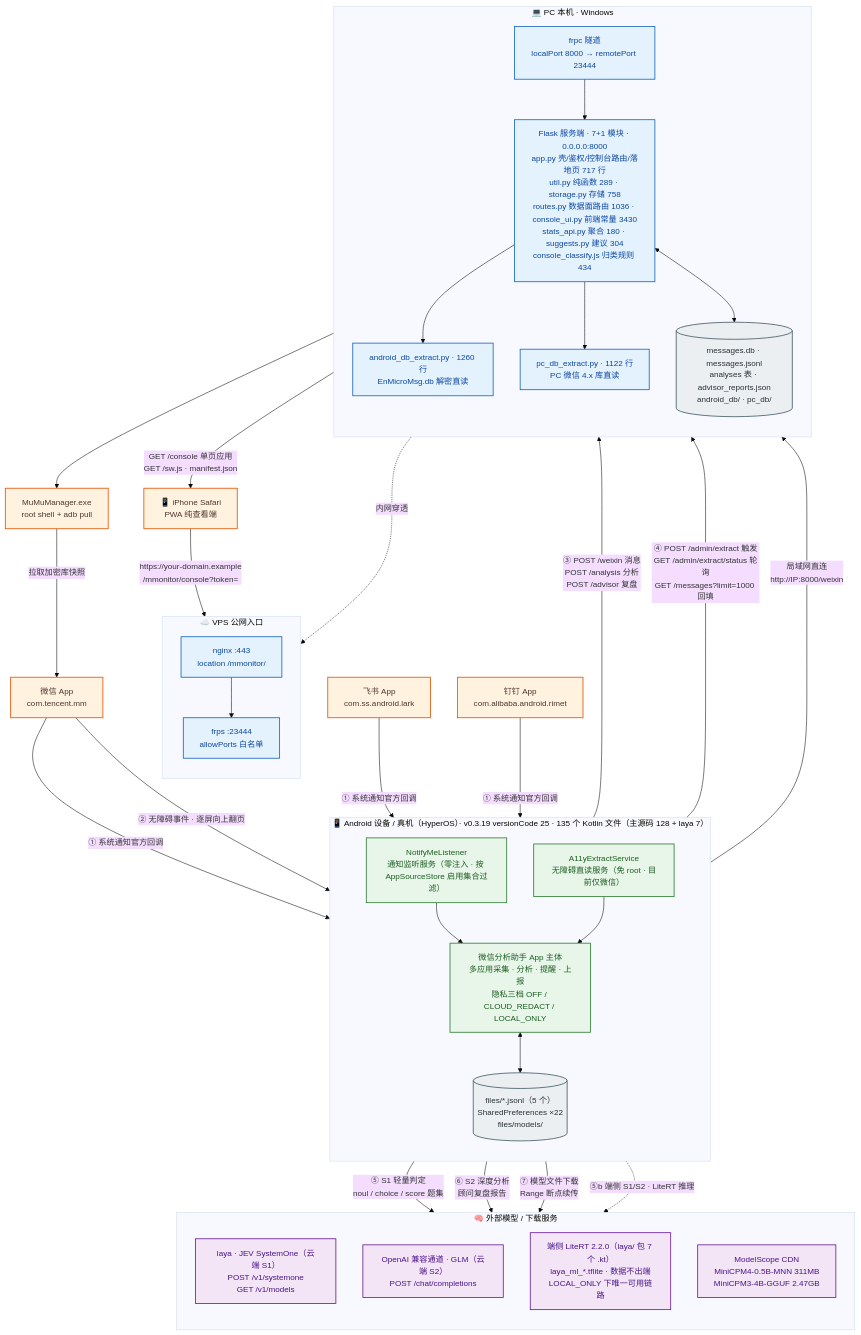
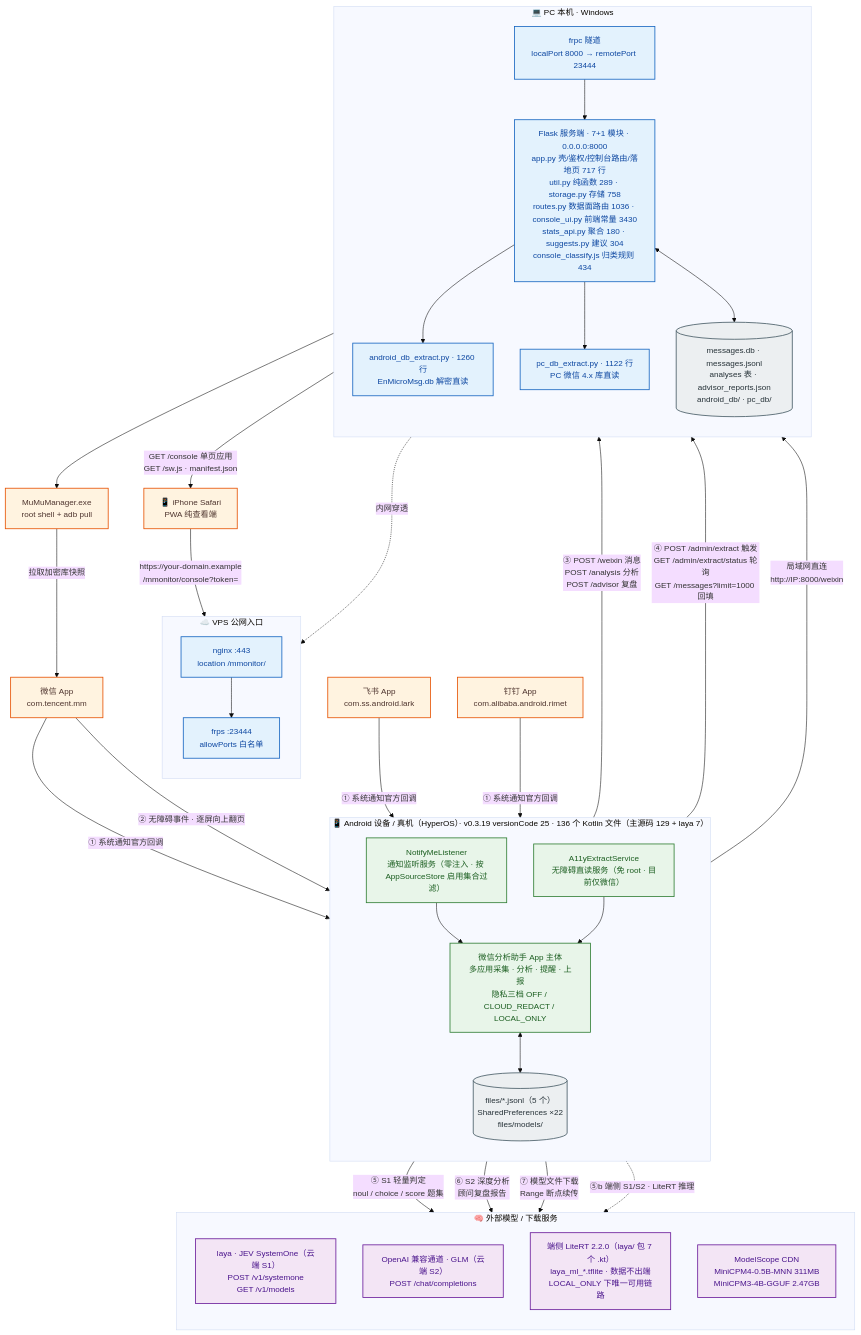
One commit to solidjoker/notifyme changed the diagram in docs/architecture/diagrams/01-system-context.mmd. Above: the diagram before and after it, drawn with Mermaid. The commit also changed 18 other files, not shown here.

```diff
--- a/docs/architecture/diagrams/01-system-context.mmd
+++ b/docs/architecture/diagrams/01-system-context.mmd
@@ -1,70 +1,70 @@
 %%{init: {'theme':'base','themeVariables':{'fontSize':'15px','fontFamily':'Microsoft YaHei, PingFang SC, sans-serif'},'flowchart':{'htmlLabels':true,'curve':'basis'}}}%%
 flowchart TB
     classDef ext  fill:#fff3e0,stroke:#e65100,stroke-width:1.5px,color:#4e342e
     classDef app  fill:#e8f5e9,stroke:#2e7d32,stroke-width:1.5px,color:#1b5e20
     classDef srv  fill:#e3f2fd,stroke:#1565c0,stroke-width:1.5px,color:#0d47a1
     classDef llm  fill:#f3e5f5,stroke:#6a1b9a,stroke-width:1.5px,color:#4a148c
     classDef store fill:#eceff1,stroke:#455a64,stroke-width:1.5px,color:#263238
 
     WX["微信 App<br/>com.tencent.mm"]:::ext
     FS["飞书 App<br/>com.ss.android.lark"]:::ext
     DT["钉钉 App<br/>com.alibaba.android.rimet"]:::ext
 
-    subgraph DEV["📱 Android 设备 / 真机（HyperOS）· v0.3.19 versionCode 25 · 135 个 Kotlin 文件（主源码 128 + laya 7）"]
+    subgraph DEV["📱 Android 设备 / 真机（HyperOS）· v0.3.19 versionCode 25 · 136 个 Kotlin 文件（主源码 129 + laya 7）"]
         direction TB
         NL["NotifyMeListener<br/>通知监听服务（零注入 · 按 AppSourceStore 启用集合过滤）"]:::app
         A11Y["A11yExtractService<br/>无障碍直读服务（免 root · 目前仅微信）"]:::app
         CORE["微信分析助手 App 主体<br/>多应用采集 · 分析 · 提醒 · 上报<br/>隐私三档 OFF / CLOUD_REDACT / LOCAL_ONLY"]:::app
         STORE[("files/*.jsonl（5 个）<br/>SharedPreferences ×22<br/>files/models/")]:::store
         NL --> CORE
         A11Y --> CORE
         CORE <--> STORE
     end
 
     subgraph HOST["💻 PC 本机 · Windows"]
         direction TB
         FLASK["Flask 服务端 · 7+1 模块 · 0.0.0.0:8000<br/>app.py 壳/鉴权/控制台路由/落地页 717 行<br/>util.py 纯函数 289 · storage.py 存储 758<br/>routes.py 数据面路由 1036 · console_ui.py 前端常量 3430<br/>stats_api.py 聚合 180 · suggests.py 建议 304<br/>console_classify.js 归类规则 434"]:::srv
         ADBEX["android_db_extract.py · 1260 行<br/>EnMicroMsg.db 解密直读"]:::srv
         PCEX["pc_db_extract.py · 1122 行<br/>PC 微信 4.x 库直读"]:::srv
         DB[("messages.db · messages.jsonl<br/>analyses 表 · advisor_reports.json<br/>android_db/ · pc_db/")]:::store
         FRPC["frpc 隧道<br/>localPort 8000 → remotePort 23444"]:::srv
         FLASK --> ADBEX
         FLASK --> PCEX
         FLASK <--> DB
         FRPC --> FLASK
     end
 
     subgraph VPS["☁️ VPS 公网入口"]
         direction TB
         NGINX["nginx :443<br/>location /mmonitor/"]:::srv
         FRPS["frps :23444<br/>allowPorts 白名单"]:::srv
         NGINX --> FRPS
     end
 
     subgraph AI["🧠 外部模型 / 下载服务"]
         direction TB
         LAYA["laya · JEV SystemOne（云端 S1）<br/>POST /v1/systemone<br/>GET /v1/models"]:::llm
         GLM["OpenAI 兼容通道 · GLM（云端 S2）<br/>POST /chat/completions"]:::llm
         LITE["端侧 LiteRT 2.2.0（laya/ 包 7 个 .kt）<br/>laya_ml_*.tflite · 数据不出端<br/>LOCAL_ONLY 下唯一可用链路"]:::llm
         MS["ModelScope CDN<br/>MiniCPM4-0.5B-MNN 311MB<br/>MiniCPM3-4B-GGUF 2.47GB"]:::llm
     end
 
     MUMU["MuMuManager.exe<br/>root shell + adb pull"]:::ext
     IPHONE["📱 iPhone Safari<br/>PWA 纯查看端"]:::ext
 
     WX -->|"① 系统通知官方回调"| NL
     FS -->|"① 系统通知官方回调"| NL
     DT -->|"① 系统通知官方回调"| NL
     WX -->|"② 无障碍事件 · 逐屏向上翻页"| A11Y
     CORE -->|"③ POST /weixin 消息<br/>POST /analysis 分析<br/>POST /advisor 复盘"| FLASK
     CORE -->|"④ POST /admin/extract 触发<br/>GET /admin/extract/status 轮询<br/>GET /messages?limit=1000 回填"| FLASK
     CORE -->|"⑤ S1 轻量判定<br/>noul / choice / score 题集"| LAYA
     CORE -->|"⑥ S2 深度分析<br/>顾问复盘报告"| GLM
     CORE -->|"⑦ 模型文件下载<br/>Range 断点续传"| MS
     CORE -.->|"⑤b 端侧 S1/S2 · LiteRT 推理"| LITE
     ADBEX --> MUMU
     MUMU -->|"拉取加密库快照"| WX
     CORE -->|"局域网直连<br/>http://IP:8000/weixin"| FLASK
     FRPC -.->|"内网穿透"| FRPS
     IPHONE -->|"https://your-domain.example<br/>/mmonitor/console?token="| NGINX
     FLASK -->|"GET /console 单页应用<br/>GET /sw.js · manifest.json"| IPHONE
```
